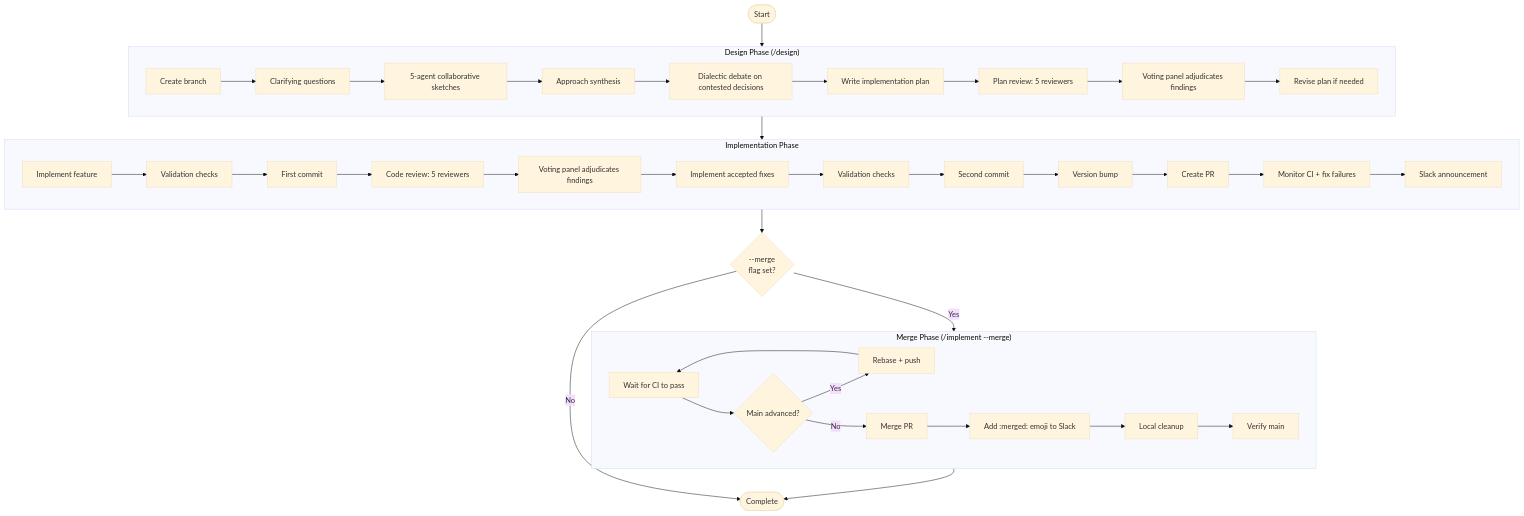
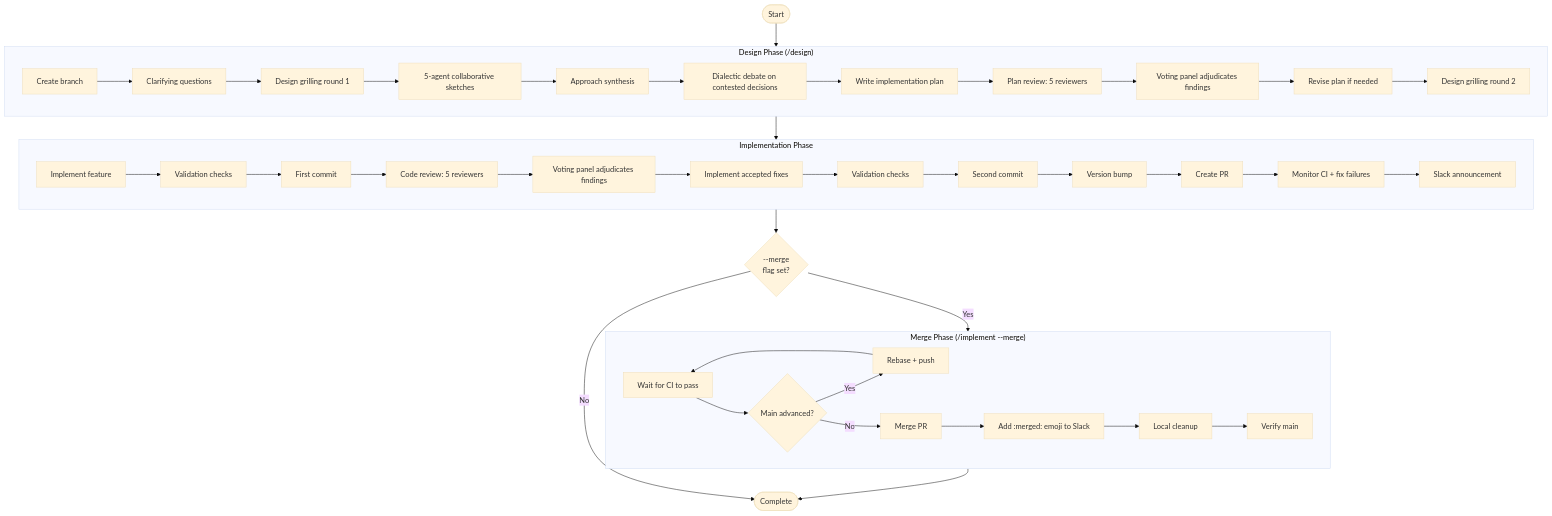
One commit to zhupanov/larch changed the second of 2 diagrams in docs/workflow-lifecycle.md. Above: the diagram before and after it, drawn with Mermaid (base theme). The commit also changed 3 other files, not shown here.

First line of the commit message:
Add design grilling steps to /design skill (#47)

````diff
--- a/docs/workflow-lifecycle.md
+++ b/docs/workflow-lifecycle.md
@@ -33,47 +33,49 @@
 ```mermaid
 flowchart TD
     START([Start]) --> DESIGN_PHASE
 
     subgraph DESIGN_PHASE["Design Phase (/design)"]
         BRANCH[Create branch] --> QUESTIONS[Clarifying questions]
-        QUESTIONS --> SKETCHES[5-agent collaborative sketches]
+        QUESTIONS --> GRILL1[Design grilling round 1]
+        GRILL1 --> SKETCHES[5-agent collaborative sketches]
         SKETCHES --> SYNTHESIS[Approach synthesis]
         SYNTHESIS --> DIALECTIC[Dialectic debate on contested decisions]
         DIALECTIC --> PLAN[Write implementation plan]
         PLAN --> PLAN_REVIEW[Plan review: 5 reviewers]
         PLAN_REVIEW --> VOTE1[Voting panel adjudicates findings]
         VOTE1 --> REVISE[Revise plan if needed]
+        REVISE --> GRILL2[Design grilling round 2]
     end
 
     DESIGN_PHASE --> IMPL_PHASE
 
     subgraph IMPL_PHASE["Implementation Phase"]
         CODE[Implement feature] --> VALIDATE1[Validation checks]
         VALIDATE1 --> COMMIT1[First commit]
         COMMIT1 --> CODE_REVIEW[Code review: 5 reviewers]
         CODE_REVIEW --> VOTE2[Voting panel adjudicates findings]
         VOTE2 --> FIX[Implement accepted fixes]
         FIX --> VALIDATE2[Validation checks]
         VALIDATE2 --> COMMIT2[Second commit]
         COMMIT2 --> VERSION[Version bump]
         VERSION --> PR[Create PR]
         PR --> CI_MONITOR[Monitor CI + fix failures]
         CI_MONITOR --> SLACK[Slack announcement]
     end
 
     IMPL_PHASE --> MERGE_FLAG{--merge<br/>flag set?}
     MERGE_FLAG -->|No| DONE([Complete])
     MERGE_FLAG -->|Yes| MERGE_PHASE
 
     subgraph MERGE_PHASE["Merge Phase (/implement --merge)"]
         CI_WAIT[Wait for CI to pass] --> REBASE{Main advanced?}
         REBASE -->|Yes| DO_REBASE[Rebase + push]
         DO_REBASE --> CI_WAIT
         REBASE -->|No| MERGE[Merge PR]
         MERGE --> EMOJI[Add :merged: emoji to Slack]
         EMOJI --> CLEANUP[Local cleanup]
         CLEANUP --> VERIFY[Verify main]
     end
 
     MERGE_PHASE --> DONE
 ```
````
